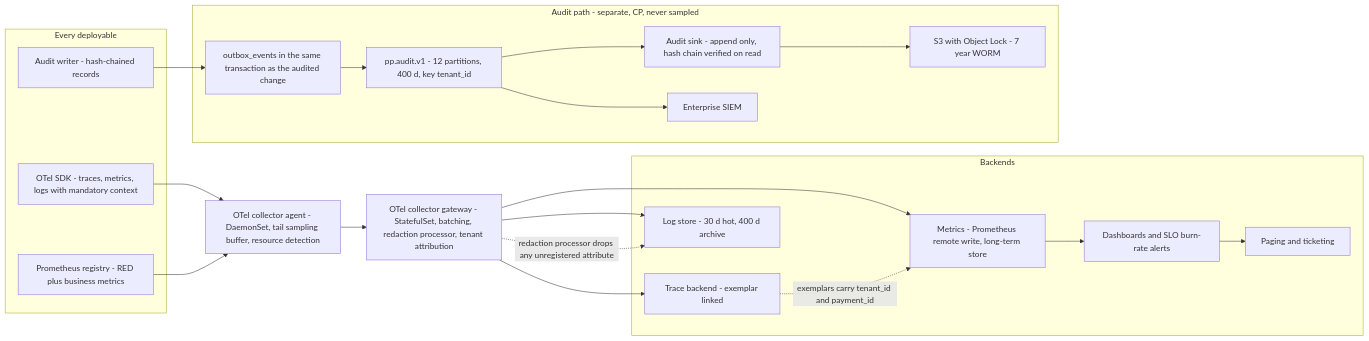
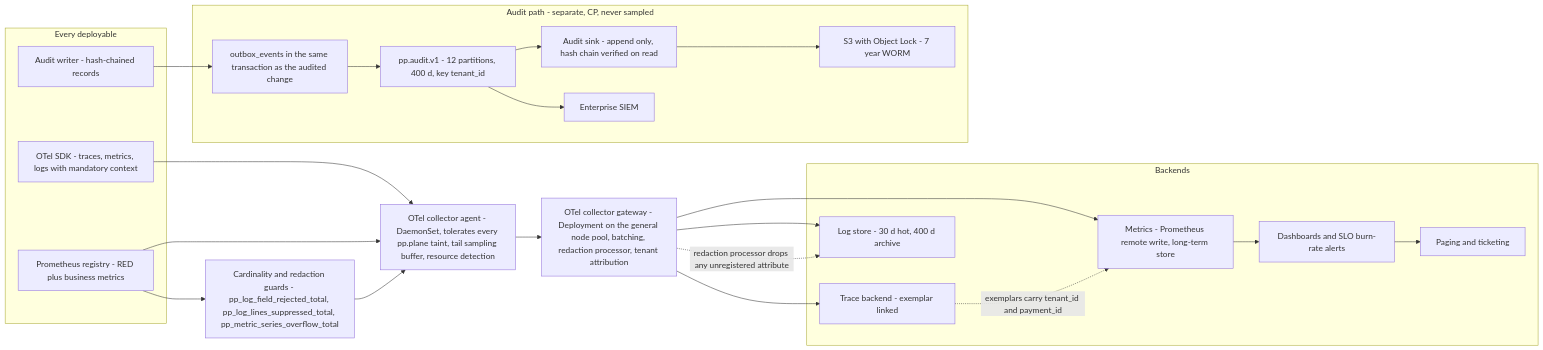
Before and after one commit to udaykishore-resu/payments-platform: the first of 2 diagrams in docs/diagrams/18-observability-architecture.md, drawn with Mermaid. The commit also changed other lines of this file and 67 other files, not shown here.

````diff
--- a/docs/diagrams/18-observability-architecture.md
+++ b/docs/diagrams/18-observability-architecture.md
@@ -15,41 +15,44 @@
 ```mermaid
 flowchart LR
   subgraph APP["Every deployable"]
     SDK["OTel SDK - traces, metrics, logs with mandatory context"]
     MET["Prometheus registry - RED plus business metrics"]
     AUDW["Audit writer - hash-chained records"]
   end
 
-  AGENT["OTel collector agent - DaemonSet, tail sampling buffer, resource detection"]
-  GWC["OTel collector gateway - StatefulSet, batching, redaction processor, tenant attribution"]
+  AGENT["OTel collector agent - DaemonSet, tolerates every pp.plane taint, tail sampling buffer, resource detection"]
+  GWC["OTel collector gateway - Deployment on the general node pool, batching, redaction processor, tenant attribution"]
+  GUARD["Cardinality and redaction guards - pp_log_field_rejected_total, pp_log_lines_suppressed_total, pp_metric_series_overflow_total"]
 
   subgraph BACK["Backends"]
     TRACE["Trace backend - exemplar linked"]
     TSDB["Metrics - Prometheus remote write, long-term store"]
     LOGS["Log store - 30 d hot, 400 d archive"]
     DASH["Dashboards and SLO burn-rate alerts"]
     PAGE["Paging and ticketing"]
   end
 
   subgraph AUDIT["Audit path - separate, CP, never sampled"]
     OBXA["outbox_events in the same transaction as the audited change"]
     TAUD["pp.audit.v1 - 12 partitions, 400 d, key tenant_id"]
     AUDS["Audit sink - append only, hash chain verified on read"]
     S3A["S3 with Object Lock - 7 year WORM"]
     SIEM["Enterprise SIEM"]
   end
 
   SDK --> AGENT
   MET --> AGENT
+  MET --> GUARD
+  GUARD --> AGENT
   AGENT --> GWC
   GWC --> TRACE
   GWC --> TSDB
   GWC --> LOGS
   TSDB --> DASH --> PAGE
   TRACE -.->|"exemplars carry tenant_id and payment_id"| TSDB
 
   AUDW --> OBXA --> TAUD --> AUDS
   AUDS --> S3A
   TAUD --> SIEM
   GWC -.->|"redaction processor drops any unregistered attribute"| LOGS
 ```
````
